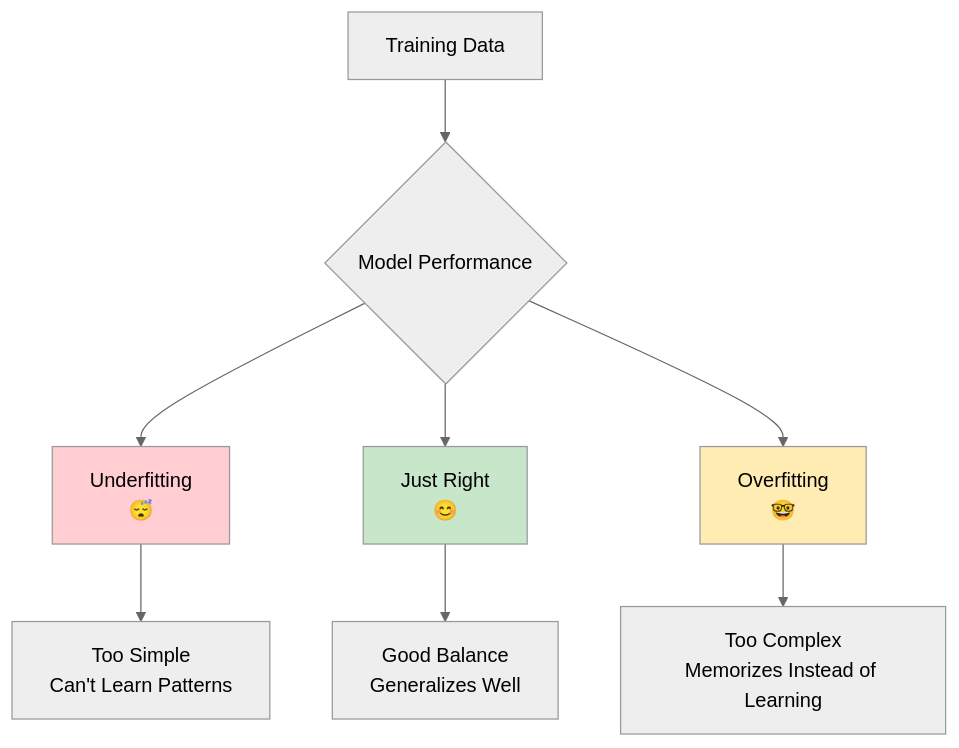
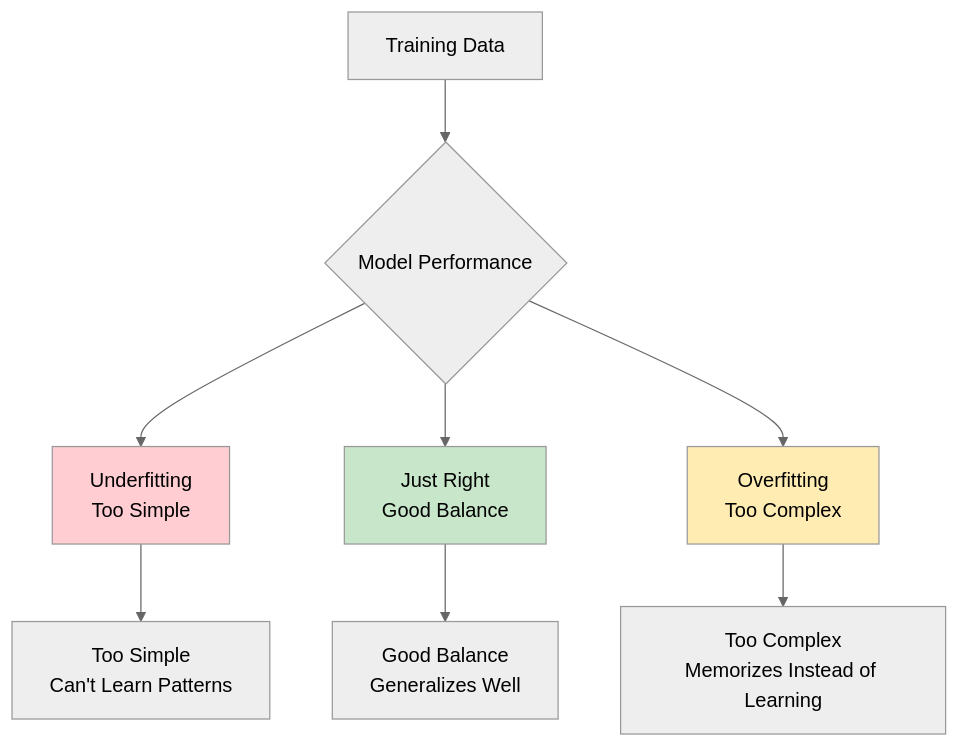
One commit to SITES-spectral/phenocai changed the ninth of 16 diagrams in docs/workflow_training.md. Above: the diagram before and after it, drawn with Mermaid (neutral theme). The commit also changed other lines of this file and 4 other files, not shown here.

````diff
--- a/docs/workflow_training.md
+++ b/docs/workflow_training.md
@@ -159,15 +159,15 @@
 ```mermaid
 graph TD
     A[Training Data] --> B{Model Performance}
-    B --> C[Underfitting<br/>😴]
-    B --> D[Just Right<br/>😊]
-    B --> E[Overfitting<br/>🤓]
+    B --> C[Underfitting<br/>Too Simple]
+    B --> D[Just Right<br/>Good Balance]
+    B --> E[Overfitting<br/>Too Complex]
     
     C --> F[Too Simple<br/>Can't Learn Patterns]
     D --> G[Good Balance<br/>Generalizes Well]
     E --> H[Too Complex<br/>Memorizes Instead of Learning]
     
     style C fill:#ffcdd2
     style D fill:#c8e6c9
     style E fill:#ffecb3
 ```
````
